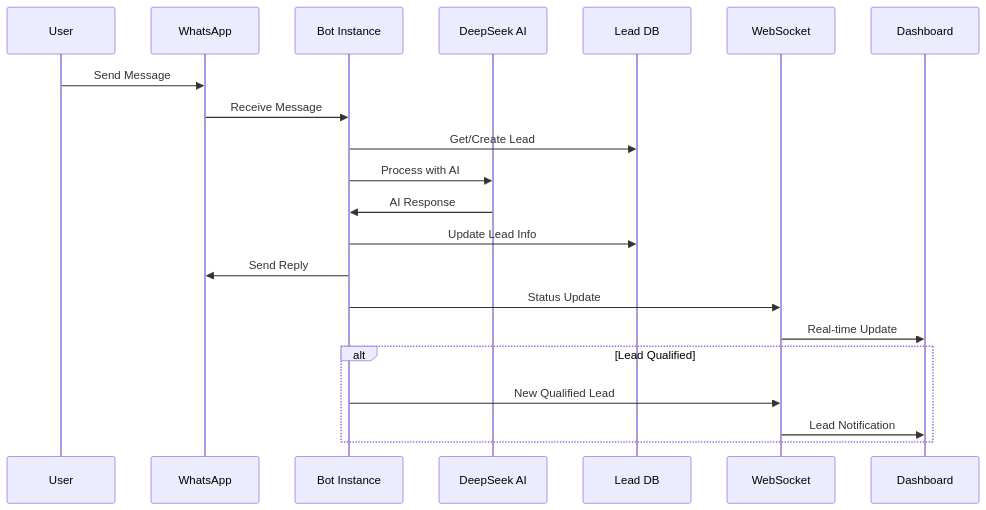
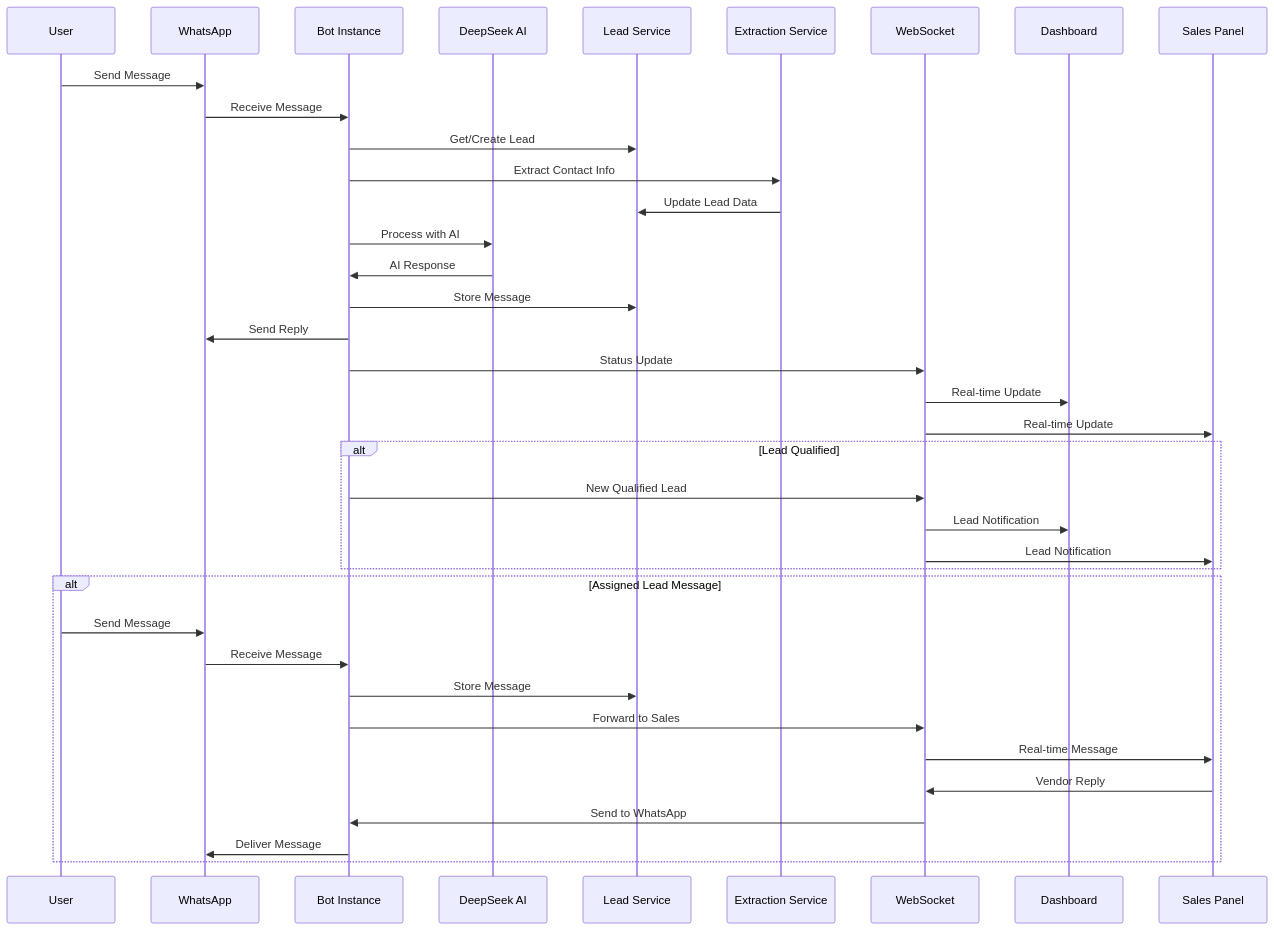
The third of 6 diagrams in technical_architecture.md (da4vid864/botinteligente), drawn with Mermaid before and after one commit. The commit also changed other lines of this file and 6 other files, not shown here.

````diff
--- a/technical_architecture.md
+++ b/technical_architecture.md
@@ -120,25 +181,42 @@
 ```mermaid
 sequenceDiagram
     participant U as User
     participant WA as WhatsApp
     participant BI as Bot Instance
     participant DS as DeepSeek AI
-    participant LD as Lead DB
+    participant LD as Lead Service
+    participant EX as Extraction Service
     participant WS as WebSocket
     participant D as Dashboard
+    participant S as Sales Panel
 
     U->>WA: Send Message
     WA->>BI: Receive Message
     BI->>LD: Get/Create Lead
+    BI->>EX: Extract Contact Info
+    EX->>LD: Update Lead Data
     BI->>DS: Process with AI
     DS->>BI: AI Response
-    BI->>LD: Update Lead Info
+    BI->>LD: Store Message
     BI->>WA: Send Reply
     BI->>WS: Status Update
     WS->>D: Real-time Update
+    WS->>S: Real-time Update
     
     alt Lead Qualified
         BI->>WS: New Qualified Lead
         WS->>D: Lead Notification
+        WS->>S: Lead Notification
+    end
+    
+    alt Assigned Lead Message
+        U->>WA: Send Message
+        WA->>BI: Receive Message
+        BI->>LD: Store Message
+        BI->>WS: Forward to Sales
+        WS->>S: Real-time Message
+        S->>WS: Vendor Reply
+        WS->>BI: Send to WhatsApp
+        BI->>WA: Deliver Message
     end
 ```
````
